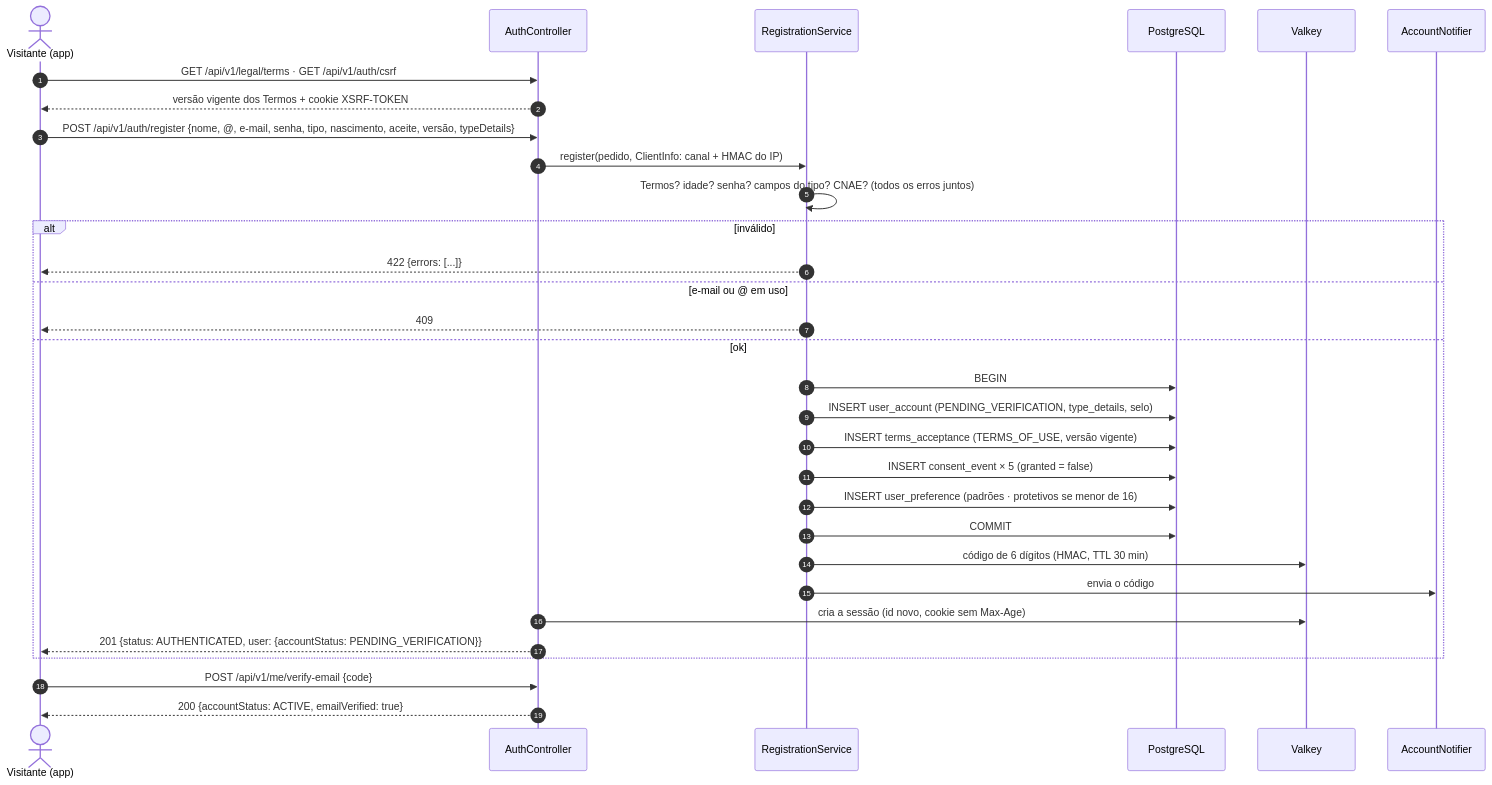
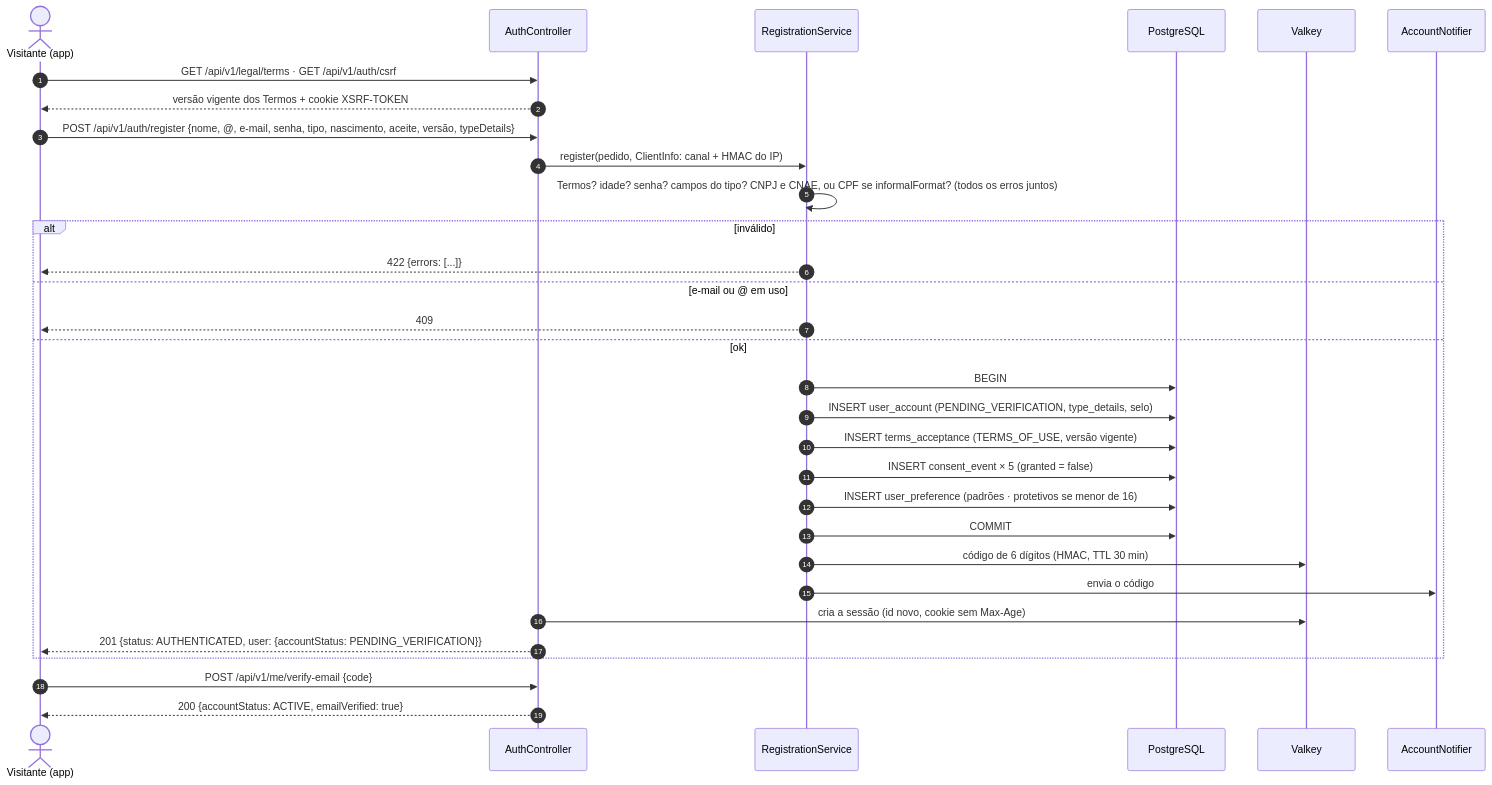
The diagram in docs/RF1/sequencia.md (MatheusHaliski/Friendly-Eats), drawn with Mermaid before and after one commit. The commit also changed 11 other files, not shown here.

````diff
--- a/docs/RF1/sequencia.md
+++ b/docs/RF1/sequencia.md
@@ -3,34 +3,34 @@
 ```mermaid
 sequenceDiagram
     autonumber
     actor V as Visitante (app)
     participant API as AuthController
     participant R as RegistrationService
     participant DB as PostgreSQL
     participant VK as Valkey
     participant N as AccountNotifier
 
     V->>API: GET /api/v1/legal/terms · GET /api/v1/auth/csrf
     API-->>V: versão vigente dos Termos + cookie XSRF-TOKEN
     V->>API: POST /api/v1/auth/register {nome, @, e-mail, senha, tipo, nascimento, aceite, versão, typeDetails}
     API->>R: register(pedido, ClientInfo: canal + HMAC do IP)
-    R->>R: Termos? idade? senha? campos do tipo? CNAE? (todos os erros juntos)
+    R->>R: Termos? idade? senha? campos do tipo? CNPJ e CNAE, ou CPF se informalFormat? (todos os erros juntos)
     alt inválido
         R-->>V: 422 {errors: [...]}
     else e-mail ou @ em uso
         R-->>V: 409
     else ok
         R->>DB: BEGIN
         R->>DB: INSERT user_account (PENDING_VERIFICATION, type_details, selo)
         R->>DB: INSERT terms_acceptance (TERMS_OF_USE, versão vigente)
         R->>DB: INSERT consent_event × 5 (granted = false)
         R->>DB: INSERT user_preference (padrões · protetivos se menor de 16)
         R->>DB: COMMIT
         R->>VK: código de 6 dígitos (HMAC, TTL 30 min)
         R->>N: envia o código
         API->>VK: cria a sessão (id novo, cookie sem Max-Age)
         API-->>V: 201 {status: AUTHENTICATED, user: {accountStatus: PENDING_VERIFICATION}}
     end
     V->>API: POST /api/v1/me/verify-email {code}
     API-->>V: 200 {accountStatus: ACTIVE, emailVerified: true}
 ```
````
